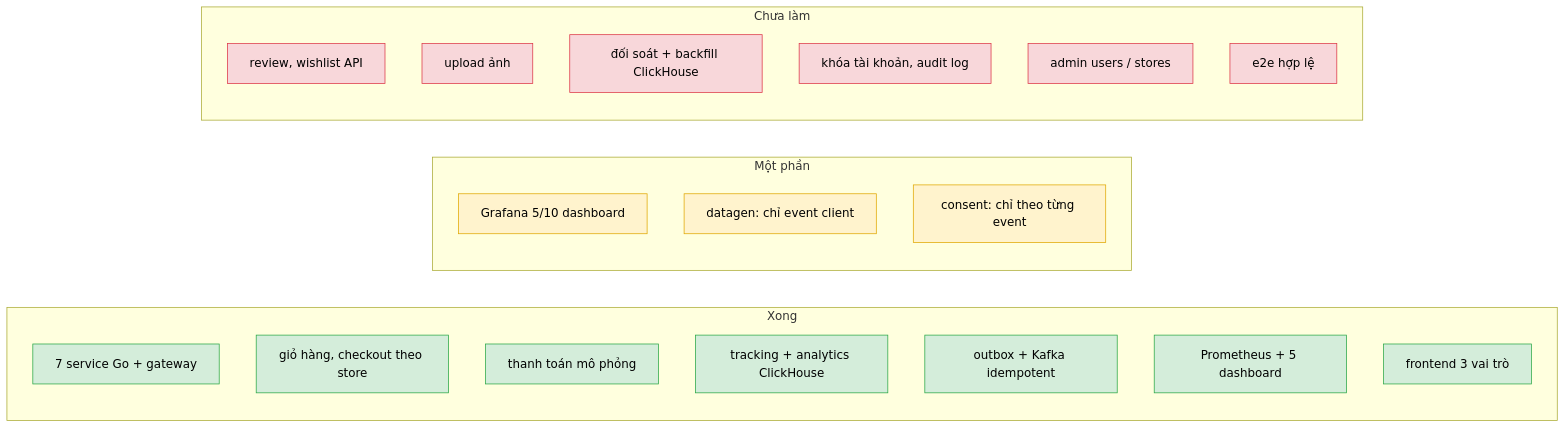
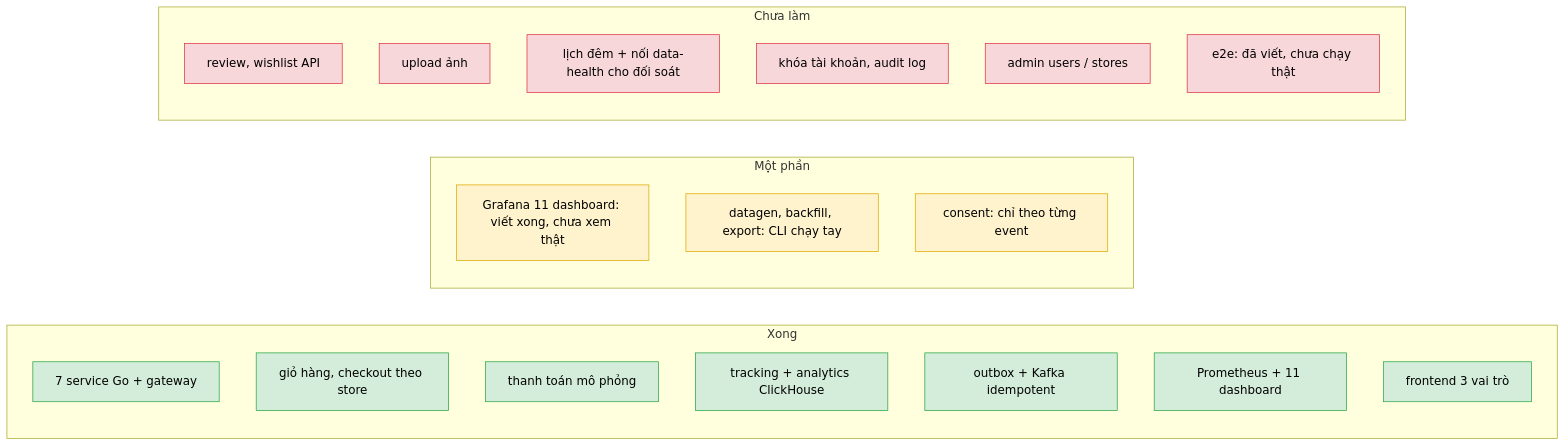
The first of 2 diagrams in docs/process/01_IMPLEMENTATION_STATUS.md (khoatran18/mini-marketplace), drawn with Mermaid before and after one commit. The commit also changed other lines of this file and 29 other files, not shown here.

````diff
--- a/docs/process/01_IMPLEMENTATION_STATUS.md
+++ b/docs/process/01_IMPLEMENTATION_STATUS.md
@@ -8,31 +8,31 @@
 ```mermaid
 flowchart LR
   subgraph DONE["Xong"]
     d1["7 service Go + gateway"]
     d2["giỏ hàng, checkout theo store"]
     d3["thanh toán mô phỏng"]
     d4["tracking + analytics ClickHouse"]
     d5["outbox + Kafka idempotent"]
-    d6["Prometheus + 5 dashboard"]
+    d6["Prometheus + 11 dashboard"]
     d7["frontend 3 vai trò"]
   end
   subgraph PART["Một phần"]
-    p1["Grafana 5/10 dashboard"]
-    p2["datagen: chỉ event client"]
+    p1["Grafana 11 dashboard: viết xong, chưa xem thật"]
+    p2["datagen, backfill, export: CLI chạy tay"]
     p3["consent: chỉ theo từng event"]
   end
   subgraph TODO["Chưa làm"]
     t1["review, wishlist API"]
     t2["upload ảnh"]
-    t3["đối soát + backfill ClickHouse"]
+    t3["lịch đêm + nối data-health cho đối soát"]
     t4["khóa tài khoản, audit log"]
     t5["admin users / stores"]
-    t6["e2e hợp lệ"]
+    t6["e2e: đã viết, chưa chạy thật"]
   end
   classDef ok fill:#d4edda,stroke:#28a745,color:#000
   classDef mid fill:#fff3cd,stroke:#e0a800,color:#000
   classDef no fill:#f8d7da,stroke:#dc3545,color:#000
   class d1,d2,d3,d4,d5,d6,d7 ok
   class p1,p2,p3 mid
   class t1,t2,t3,t4,t5,t6 no
 ```
````
